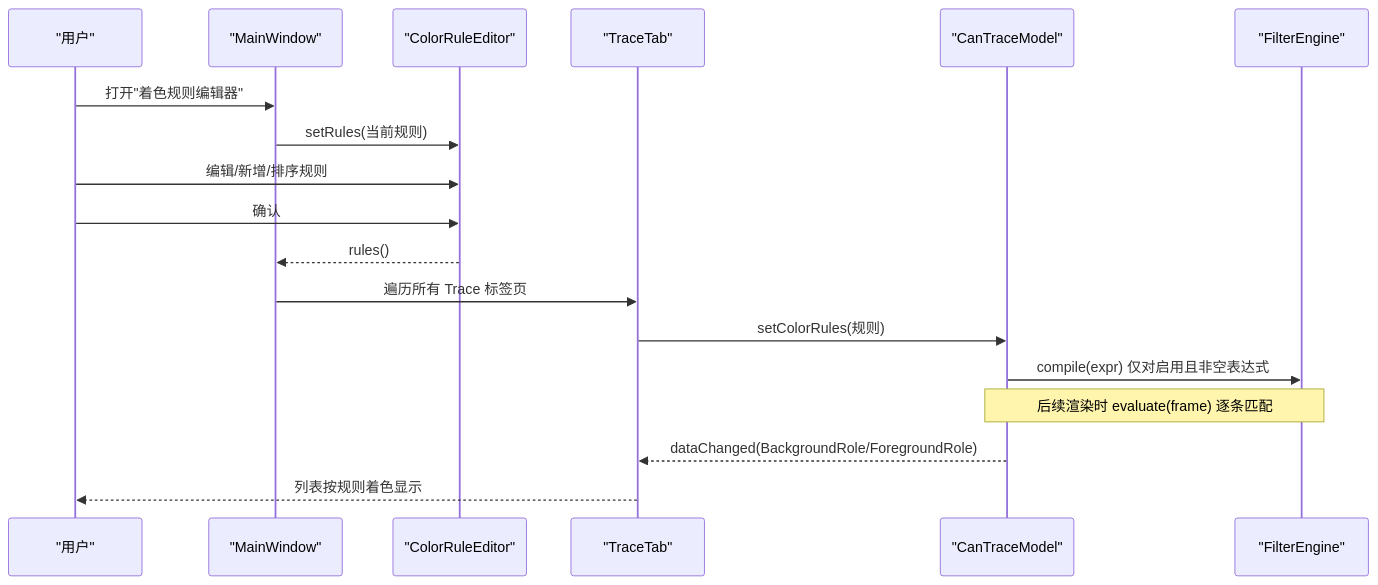
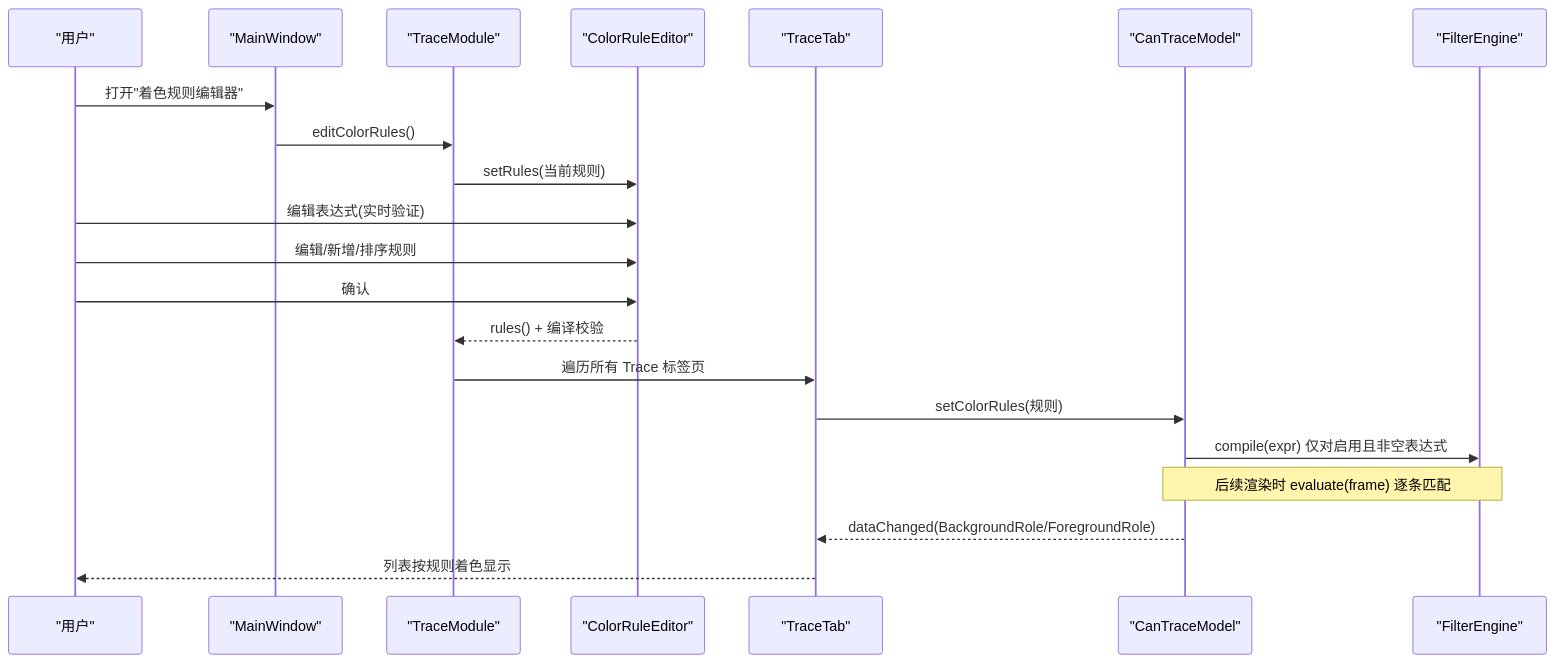
Before and after one commit to jakecai1225-design/OpenBus: the second of 5 diagrams in .qoder/repowiki/zh/content/架构设计/UI系统设计/颜色规则编辑器.md, drawn with Mermaid. The commit also changed other lines of this file and 10 other files, not shown here.

Commit message:
flow指示灯，模拟器开关

````diff
--- a/.qoder/repowiki/zh/content/架构设计/UI系统设计/颜色规则编辑器.md
+++ b/.qoder/repowiki/zh/content/架构设计/UI系统设计/颜色规则编辑器.md
@@ -90,20 +95,23 @@
 ```mermaid
 sequenceDiagram
 participant U as "用户"
 participant MW as "MainWindow"
+participant TM as "TraceModule"
 participant CRE as "ColorRuleEditor"
 participant TAB as "TraceTab"
 participant MOD as "CanTraceModel"
 participant FE as "FilterEngine"
 U->>MW : 打开"着色规则编辑器"
-MW->>CRE : setRules(当前规则)
+MW->>TM : editColorRules()
+TM->>CRE : setRules(当前规则)
+U->>CRE : 编辑表达式(实时验证)
 U->>CRE : 编辑/新增/排序规则
 U->>CRE : 确认
-CRE-->>MW : rules()
-MW->>TAB : 遍历所有 Trace 标签页
+CRE-->>TM : rules() + 编译校验
+TM->>TAB : 遍历所有 Trace 标签页
 TAB->>MOD : setColorRules(规则)
 MOD->>FE : compile(expr) 仅对启用且非空表达式
 Note over MOD,FE : 后续渲染时 evaluate(frame) 逐条匹配
 MOD-->>TAB : dataChanged(BackgroundRole/ForegroundRole)
 TAB-->>U : 列表按规则着色显示
 ```
````
